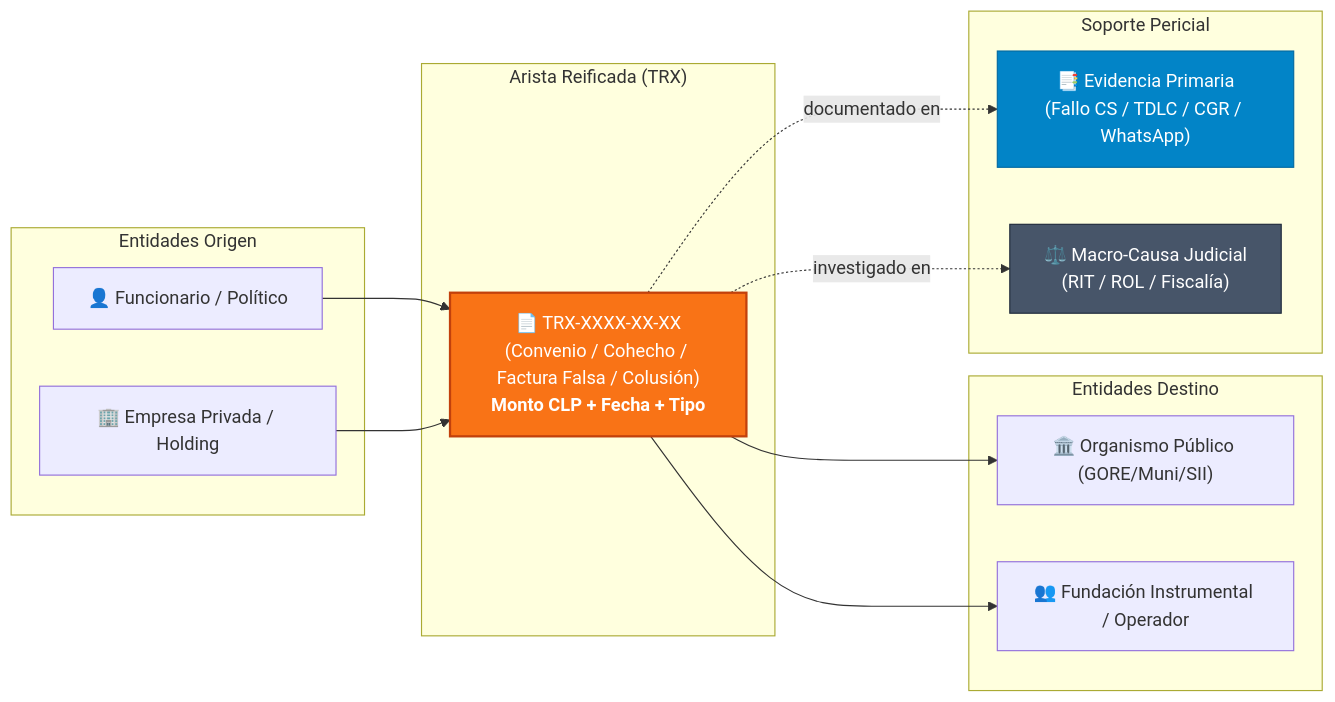
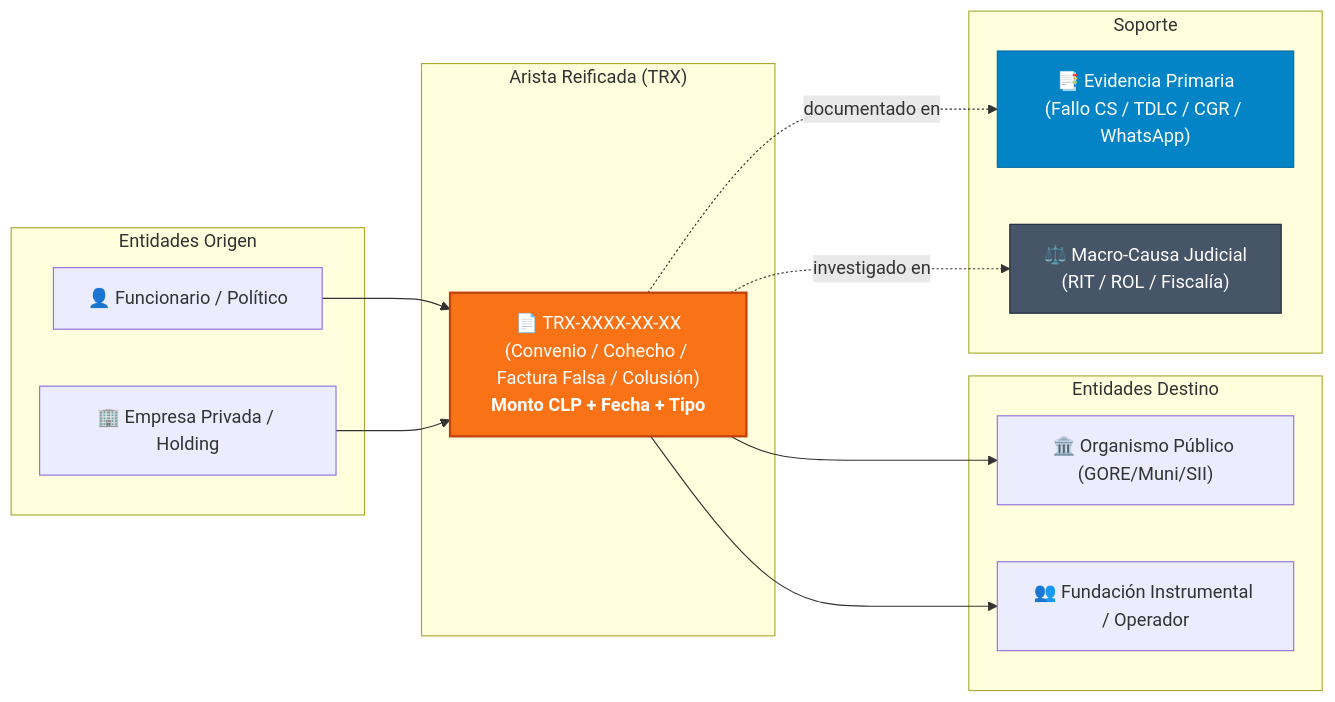
One commit to 0kamir/ftm-chile changed the diagram in README.md. Above: the diagram before and after it, drawn with Mermaid. The commit also changed other lines of this file and 319 other files, not shown here.

````diff
--- a/README.md
+++ b/README.md
@@ -107,32 +107,32 @@
 ```mermaid
 graph LR
     subgraph "Entidades Origen"
         A["👤 Funcionario / Político"]
         B["🏢 Empresa Privada / Holding"]
     end
 
     subgraph "Arista Reificada (TRX)"
         TRX["📄 TRX-XXXX-XX-XX<br/>(Convenio / Cohecho / Factura Falsa / Colusión)<br/><b>Monto CLP + Fecha + Tipo</b>"]
     end
 
     subgraph "Entidades Destino"
         C["🏛️ Organismo Público (GORE/Muni/SII)"]
         D["👥 Fundación Instrumental / Operador"]
     end
 
-    subgraph "Soporte Pericial"
+    subgraph "Soporte"
         EVD["📑 Evidencia Primaria<br/>(Fallo CS / TDLC / CGR / WhatsApp)"]
         CAU["⚖️ Macro-Causa Judicial<br/>(RIT / ROL / Fiscalía)"]
     end
 
     A --> TRX
     B --> TRX
     TRX --> C
     TRX --> D
     TRX -.->|documentado en| EVD
     TRX -.->|investigado en| CAU
 
     style TRX fill:#f97316,stroke:#c2410c,stroke-width:2px,color:#fff
     style EVD fill:#0284c7,stroke:#0369a1,stroke-width:1px,color:#fff
     style CAU fill:#475569,stroke:#1e293b,stroke-width:1px,color:#fff
 ```
````
